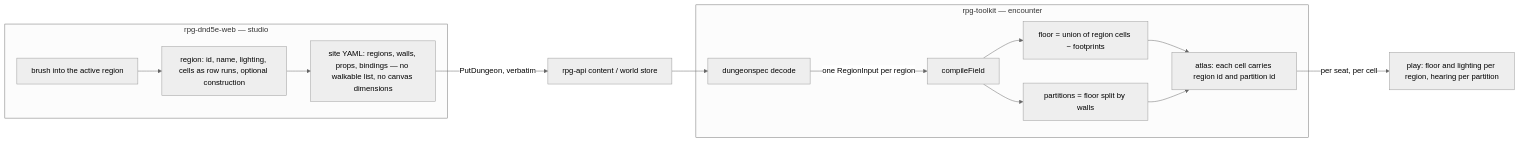
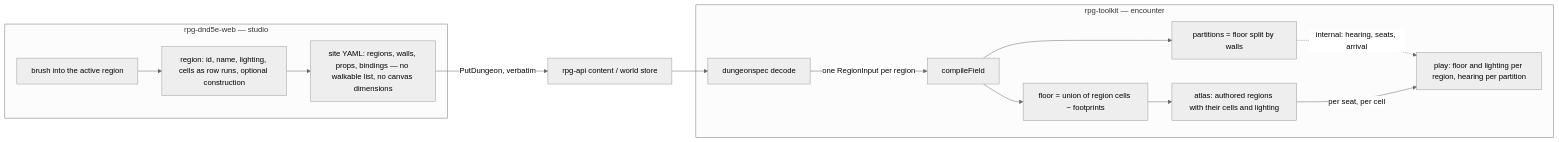
Before and after one commit to KirkDiggler/rpg-project: the diagram in ideas/site-format/design.md, drawn with Mermaid (neutral theme). The commit also changed other lines of this file and 2 other files, not shown here.

First line of the commit message:
design(site-format): atlas carries authored regions only; footing, seats and flip in the reader table

````diff
--- a/ideas/site-format/design.md
+++ b/ideas/site-format/design.md
@@ -10,17 +10,17 @@
 ```mermaid
 flowchart LR
     subgraph web [rpg-dnd5e-web — studio]
         Brush[brush into the active region] --> Region[region: id, name, lighting, cells as row runs, optional construction]
         Region --> File[site YAML: regions, walls, props, bindings — no walkable list, no canvas dimensions]
     end
     File -->|PutDungeon, verbatim| api[rpg-api content / world store]
     api --> Decode[dungeonspec decode]
     subgraph toolkit [rpg-toolkit — encounter]
         Decode -->|one RegionInput per region| Compile[compileField]
         Compile --> Floor[floor = union of region cells − footprints]
         Compile --> Partitions[partitions = floor split by walls]
-        Floor --> Atlas[atlas: each cell carries region id and partition id]
-        Partitions --> Atlas
+        Floor --> Atlas[atlas: authored regions with their cells and lighting]
+        Partitions -.internal: hearing, seats, arrival.-> Play
     end
     Atlas -->|per seat, per cell| Play[play: floor and lighting per region, hearing per partition]
 ```
````
